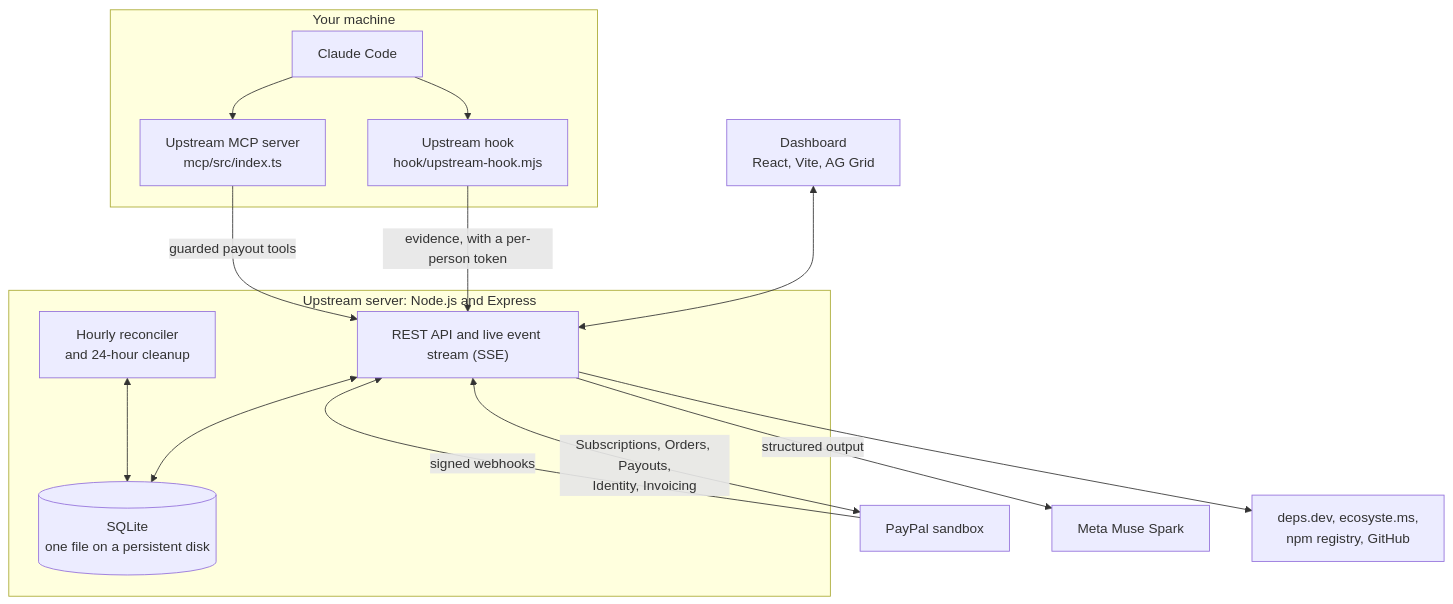
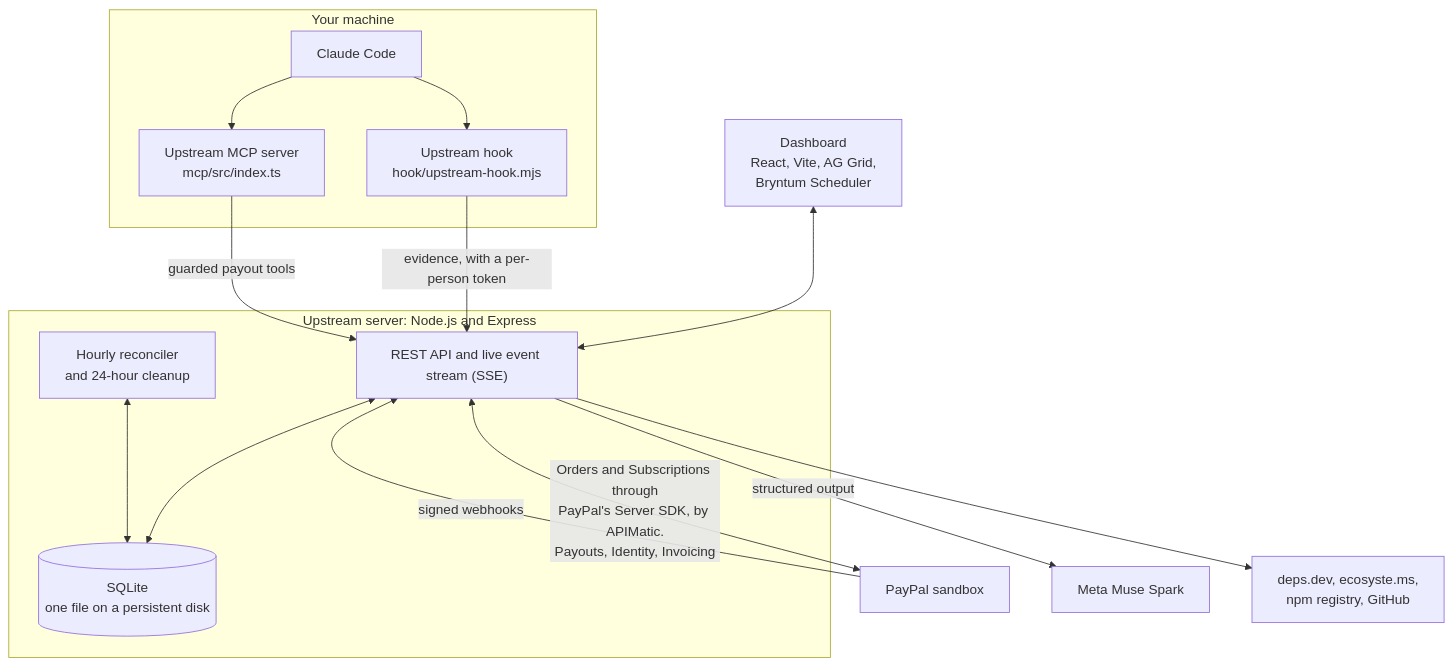
Before and after one commit to PROSTLE/Upstream: the fourth of 8 diagrams in README.md, drawn with Mermaid. The commit also changed other lines of this file and 4 other files, not shown here.

First line of the commit message:
Document the Bryntum timeline, PayPal's Server SDK and the How it's built page

````diff
--- a/README.md
+++ b/README.md
@@ -283,21 +284,21 @@
 ```mermaid
 flowchart TB
     subgraph Dev["Your machine"]
         CC["Claude Code"] --> HK["Upstream hook<br/>hook/upstream-hook.mjs"]
         CC --> MCP["Upstream MCP server<br/>mcp/src/index.ts"]
     end
     subgraph Srv["Upstream server: Node.js and Express"]
         API["REST API and live event stream (SSE)"]
         DB[("SQLite<br/>one file on a persistent disk")]
         JOBS["Hourly reconciler<br/>and 24-hour cleanup"]
     end
-    WEB["Dashboard<br/>React, Vite, AG Grid"] <--> API
+    WEB["Dashboard<br/>React, Vite, AG Grid,<br/>Bryntum Scheduler"] <--> API
     HK -->|evidence, with a per-person token| API
     MCP -->|guarded payout tools| API
     API <--> DB
     JOBS <--> DB
-    API <-->|Subscriptions, Orders, Payouts,<br/>Identity, Invoicing| PP["PayPal sandbox"]
+    API <-->|"Orders and Subscriptions through<br/>PayPal's Server SDK, by APIMatic.<br/>Payouts, Identity, Invoicing"| PP["PayPal sandbox"]
     PP -->|signed webhooks| API
     API -->|structured output| MUSE["Meta Muse Spark"]
     API --> REG["deps.dev, ecosyste.ms,<br/>npm registry, GitHub"]
 ```
````
